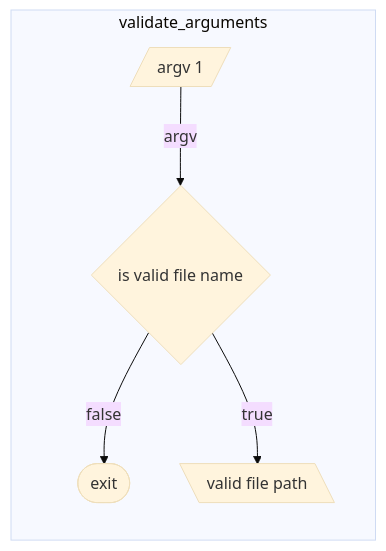
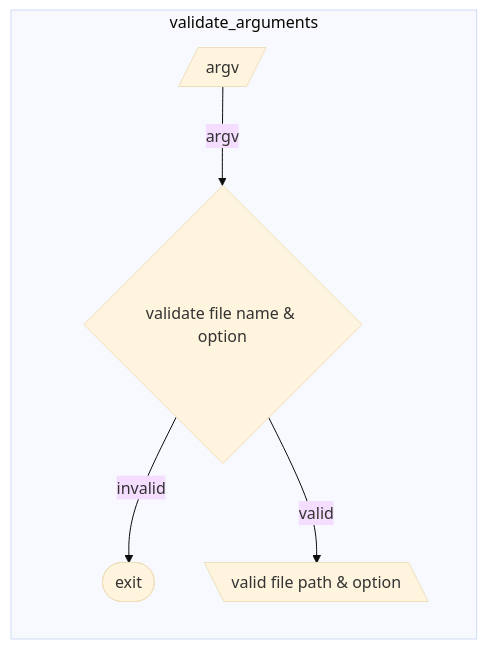
Before and after one commit to ikawamuk/weekends_c: the third of 8 diagrams in docs/SequenceDiagrams.md, drawn with Mermaid (base theme). The commit also changed other lines of this file and 1 other file, not shown here.

Commit message:
update: update flowchart

````diff
--- a/docs/SequenceDiagrams.md
+++ b/docs/SequenceDiagrams.md
@@ -32,9 +33,9 @@
 ```mermaid
 flowchart
 	subgraph validate_arguments
 		direction TB
-		input[/argv 1/]-->|argv|if1{is valid file name}
-		if1-->|false|error([exit])
-		if1-->|true|output[\valid file path\]
+		input[/argv/]-->|argv|if1{validate file name & option}
+		if1-->|invalid|exit([exit])
+		if1-->|valid|output[\valid file path & option\]
 	end
 ```
````
